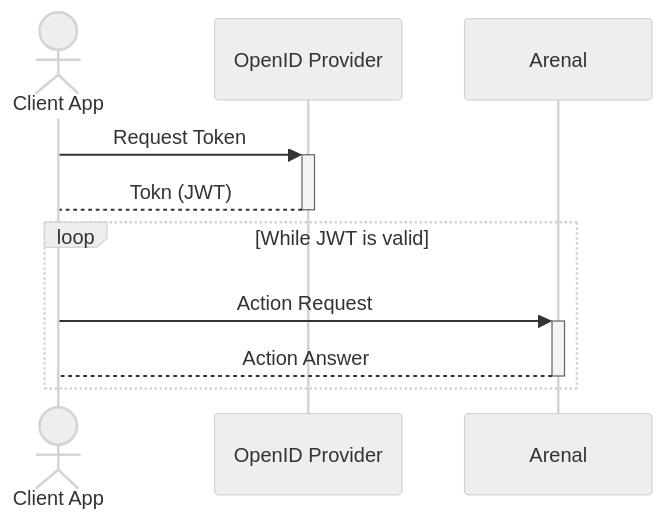
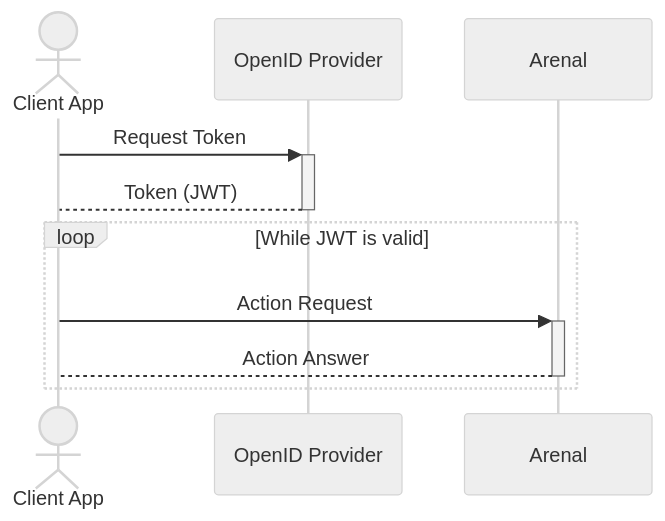
One commit to SKYWARE-Group/ArenalClient changed the diagram in docs/Authentication.md. Above: the diagram before and after it, drawn with Mermaid (neutral theme).

````diff
--- a/docs/Authentication.md
+++ b/docs/Authentication.md
@@ -11,14 +11,14 @@
 ```mermaid
 sequenceDiagram
     actor CONS as Client App
     participant KC as OpenID Provider
     participant ARN as Arenal
 
     CONS->>+KC: Request Token
-    KC-->-CONS: Tokn (JWT)
+    KC-->-CONS: Token (JWT)
 
     loop While JWT is valid
         CONS->>+ARN: Action Request
         ARN-->-CONS: Action Answer
     end
 ```
````
